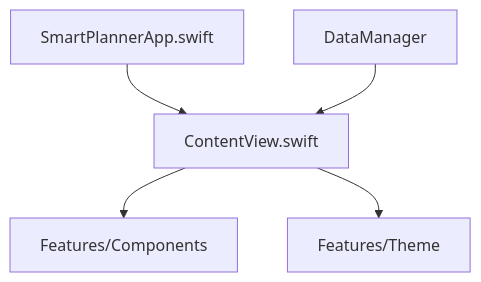
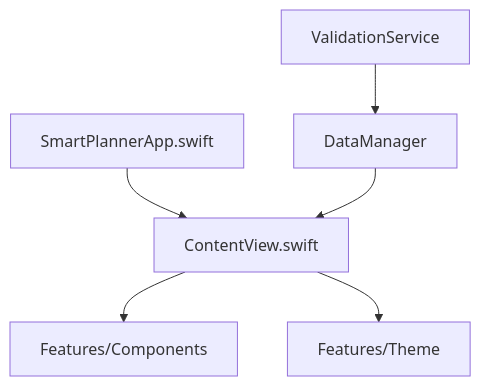
The first of 6 diagrams in ProjectStructure.md (HS-Jack-YZY/SmartPlanner), drawn with Mermaid before and after one commit. The commit also changed other lines of this file and 1 other file, not shown here.

First line of the commit message:
docs(validation): 完善数据验证系统文档和项目结构说明

````diff
--- a/ProjectStructure.md
+++ b/ProjectStructure.md
@@ -280,7 +287,8 @@
 ```mermaid
 graph TD
     A[SmartPlannerApp.swift] --> B[ContentView.swift]
     B --> C[Features/Components]
     B --> D[Features/Theme]
     E[DataManager] --> B
+    F[ValidationService] --> E
 ```
````
